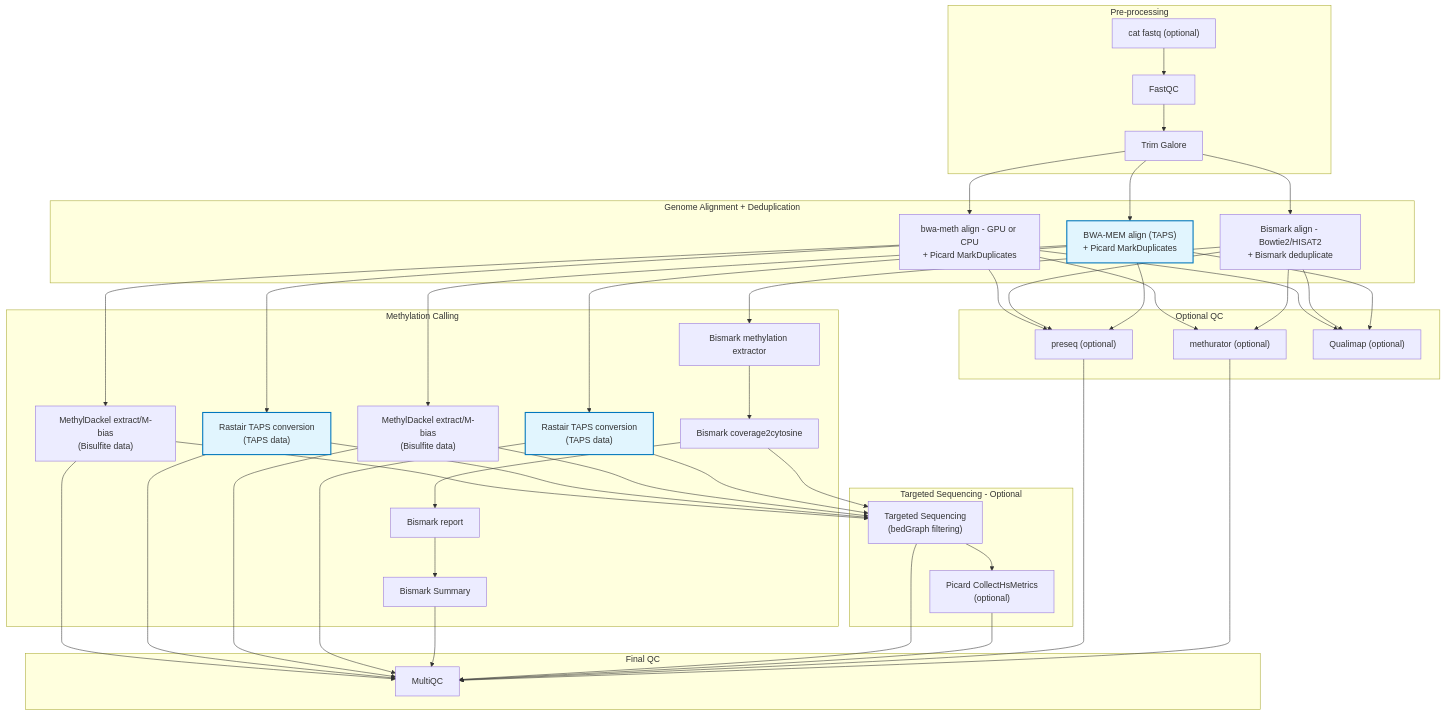
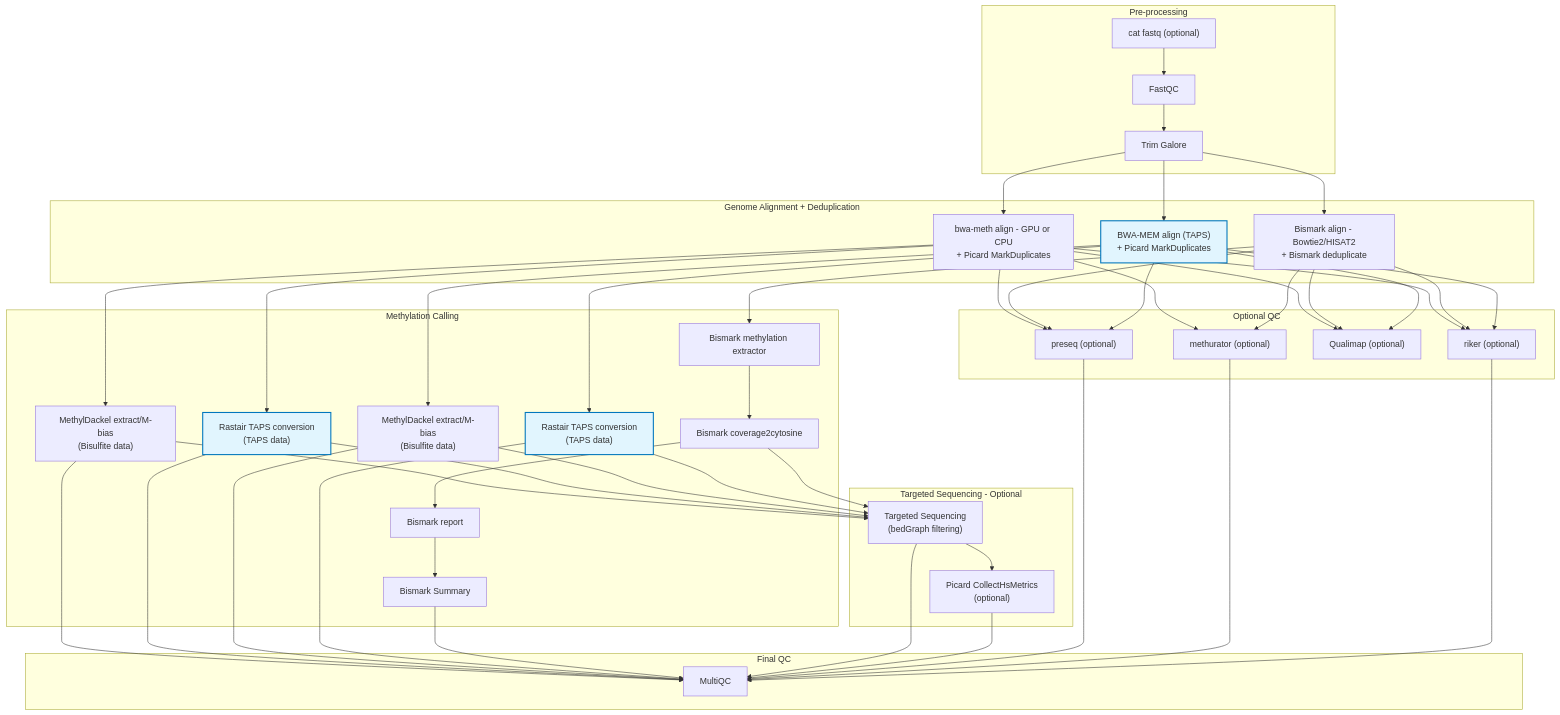
One commit to nf-core/methylseq changed the diagram in docs/usage.md. Above: the diagram before and after it, drawn with Mermaid. The commit also changed other lines of this file and 31 other files, not shown here.

````diff
--- a/docs/usage.md
+++ b/docs/usage.md
@@ -31,61 +31,65 @@
 ```mermaid
 flowchart TD
     subgraph Stage1[Pre-processing]
         A["cat fastq (optional)"] --> B["FastQC"] --> C["Trim Galore"]
     end
 
     subgraph Stage2[Genome Alignment + Deduplication]
         C --> D1["bwa-meth align - GPU or CPU<br/>+ Picard MarkDuplicates"]
         C --> D2["Bismark align - Bowtie2/HISAT2<br/>+ Bismark deduplicate"]
         C --> D3["BWA-MEM align (TAPS)<br/>+ Picard MarkDuplicates"]
     end
 
     subgraph Stage3[Methylation Calling]
         D1 --> E1["MethylDackel extract/M-bias<br/>(Bisulfite data)"]
         D1 --> E2["Rastair TAPS conversion<br/>(TAPS data)"]
 
         D2 --> F1["Bismark methylation extractor"]
         F1 --> F2["Bismark coverage2cytosine"]
         F2 --> F3["Bismark report"]
         F3 --> F4["Bismark Summary"]
 
         D3 --> E3["MethylDackel extract/M-bias<br/>(Bisulfite data)"]
         D3 --> E4["Rastair TAPS conversion<br/>(TAPS data)"]
     end
 
     subgraph Stage3b[Targeted Sequencing - Optional]
         E1 --> I1["Targeted Sequencing<br/>(bedGraph filtering)"]
         E2 --> I1
         E3 --> I1
         E4 --> I1
         F2 --> I1
         I1 --> I2["Picard CollectHsMetrics<br/>(optional)"]
     end
 
     subgraph Stage3c[Optional QC]
         D1 --> J1["preseq (optional)"]
         D2 --> J1
         D3 --> J1
         D1 --> J2["methurator (optional)"]
         D2 --> J2
         D1 --> J3["Qualimap (optional)"]
         D2 --> J3
         D3 --> J3
+        D1 --> J4["riker (optional)"]
+        D2 --> J4
+        D3 --> J4
     end
 
     subgraph Stage4[Final QC]
         E1 --> H1["MultiQC"]
         E2 --> H1
         E3 --> H1
         E4 --> H1
         F4 --> H1
         I1 --> H1
         I2 --> H1
         J1 --> H1
         J2 --> H1
+        J4 --> H1
     end
 
     %% Styling for TAPS workflows
     classDef tapsStyle fill:#e1f5fe,stroke:#0277bd,stroke-width:2px
     class D3,E2,E4 tapsStyle
 ```
````
